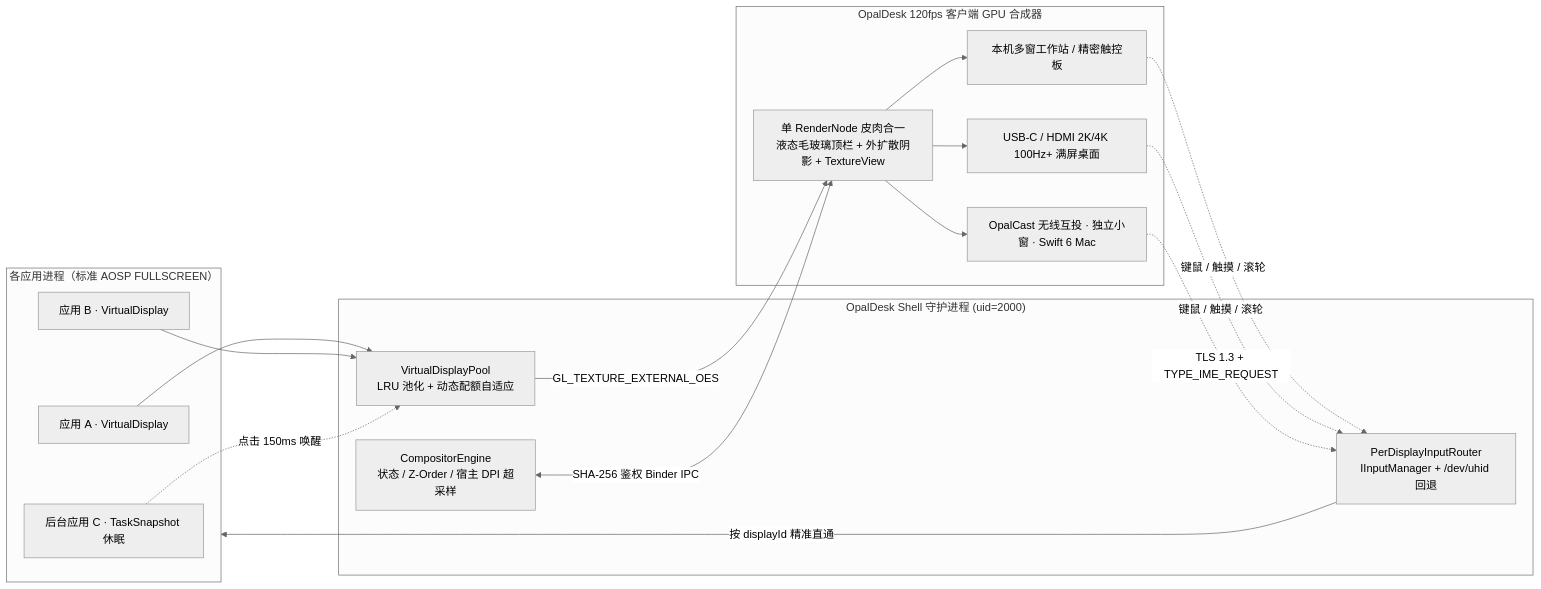
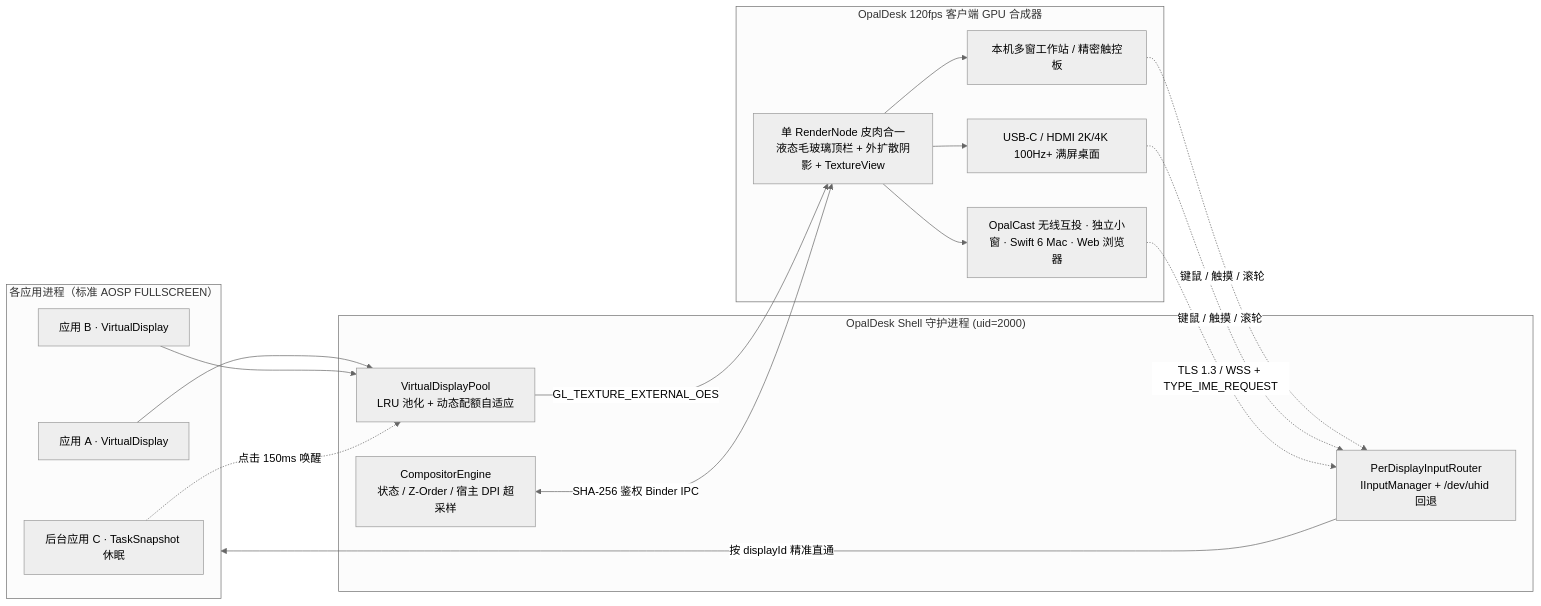
The diagram in README.md (AGou-ops/OpalDesk), drawn with Mermaid (neutral theme) before and after one commit. The commit also changed other lines of this file and 10 other files, not shown here.

Commit message:
fix(web-cast): fix narrow-window toolbar & canvas bottom clip, map left-drag to touch scroll, and integrate Web Cast into showcase & README

````diff
--- a/README.md
+++ b/README.md
@@ -82,34 +82,34 @@
 ```mermaid
 flowchart LR
     subgraph Apps["各应用进程（标准 AOSP FULLSCREEN）"]
         A1["应用 A · VirtualDisplay"]
         A2["应用 B · VirtualDisplay"]
         A3["后台应用 C · TaskSnapshot 休眠"]
     end
 
     subgraph Daemon["OpalDesk Shell 守护进程 (uid=2000)"]
         Pool["VirtualDisplayPool\nLRU 池化 + 动态配额自适应"]
         Engine["CompositorEngine\n状态 / Z-Order / 宿主 DPI 超采样"]
         Input["PerDisplayInputRouter\nIInputManager + /dev/uhid 回退"]
     end
 
     subgraph Client["OpalDesk 120fps 客户端 GPU 合成器"]
         RN["单 RenderNode 皮肉合一\n液态毛玻璃顶栏 + 外扩散阴影 + TextureView"]
         Out0["本机多窗工作站 / 精密触控板"]
         OutExt["USB-C / HDMI 2K/4K 100Hz+ 满屏桌面"]
-        OutCast["OpalCast 无线互投 · 独立小窗 · Swift 6 Mac"]
+        OutCast["OpalCast 无线互投 · 独立小窗 · Swift 6 Mac · Web 浏览器"]
     end
 
     A1 --> Pool
     A2 --> Pool
     A3 -.->|"点击 150ms 唤醒"| Pool
     Pool -->|"GL_TEXTURE_EXTERNAL_OES"| RN
     Engine <-->|"SHA-256 鉴权 Binder IPC"| RN
     RN --> Out0
     RN --> OutExt
     RN --> OutCast
     Out0 -.->|"键鼠 / 触摸 / 滚轮"| Input
     OutExt -.->|"键鼠 / 触摸 / 滚轮"| Input
-    OutCast -.->|"TLS 1.3 + TYPE_IME_REQUEST"| Input
+    OutCast -.->|"TLS 1.3 / WSS + TYPE_IME_REQUEST"| Input
     Input -->|"按 displayId 精准直通"| Apps
 ```
````
